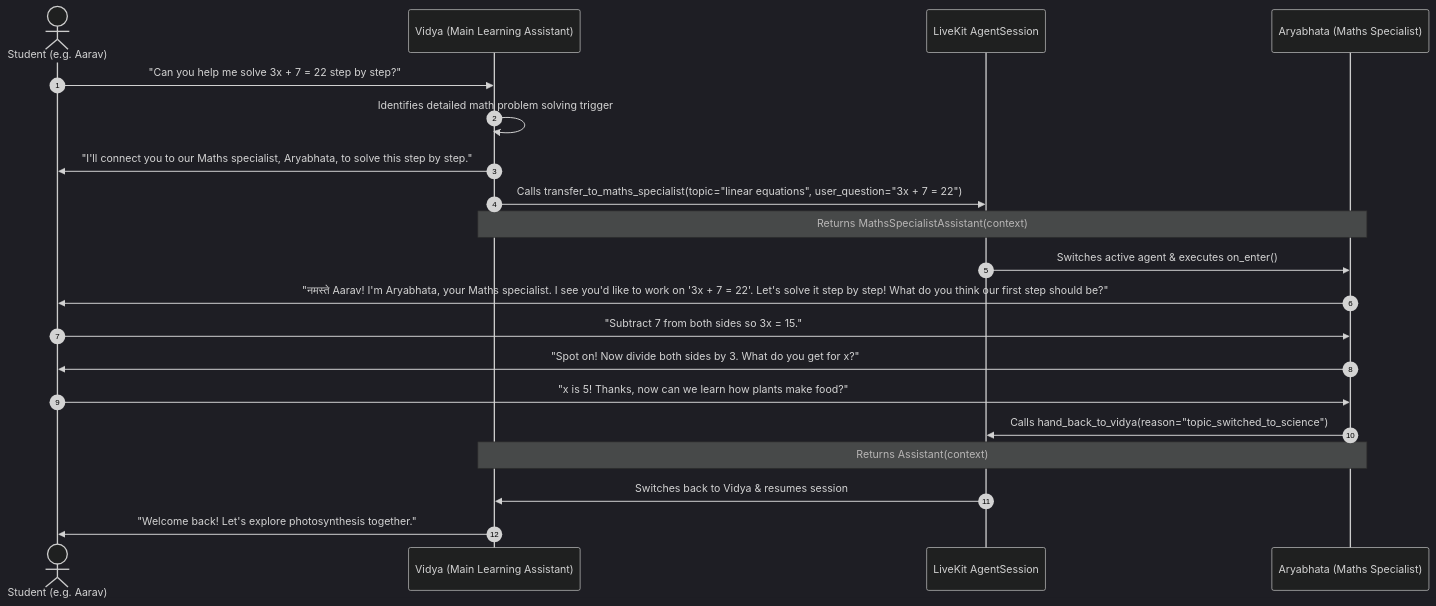
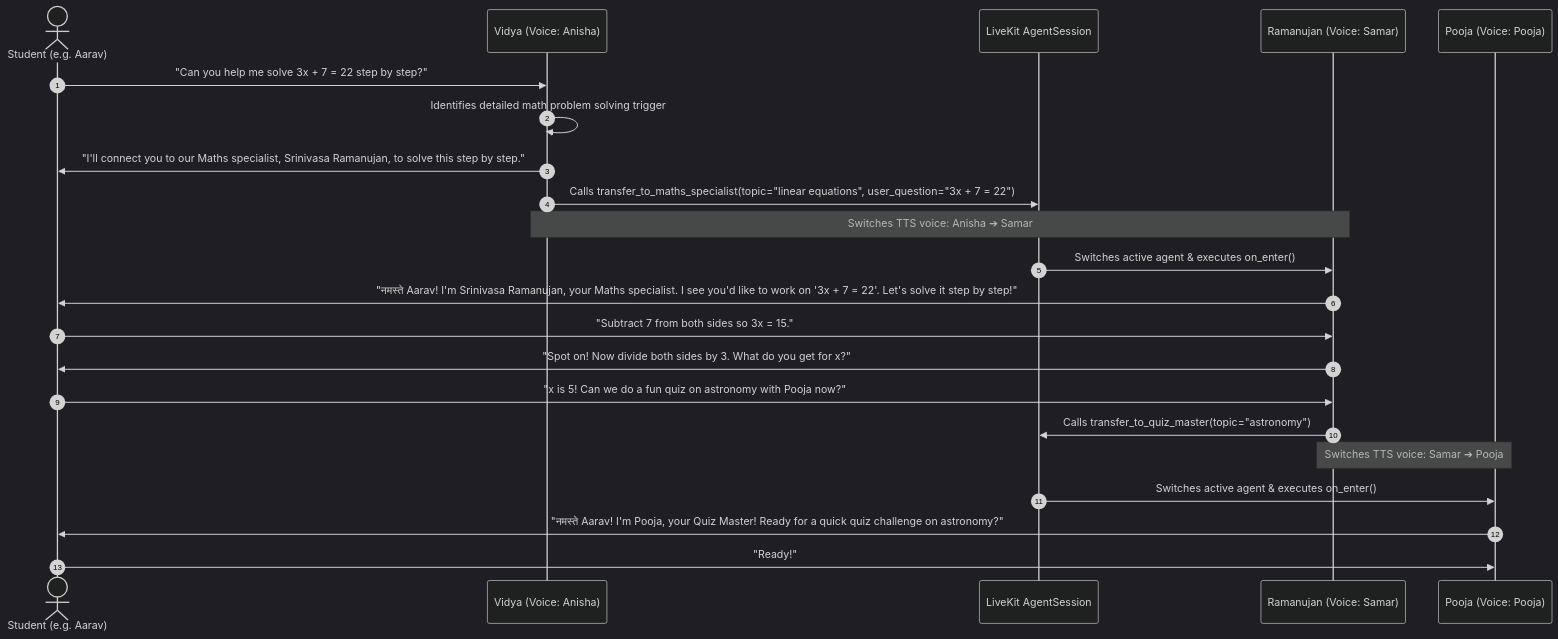
The diagram in DAY_9_HANDOFF.md (susantedit/murf-voice), drawn with Mermaid (dark theme) before and after one commit. The commit also changed other lines of this file and 9 other files, not shown here.

Commit message:
feat(day-9): multi-persona voices — Anisha (Vidya), Samar (Ramanujan), Pooja (QuizMaster)

````diff
--- a/DAY_9_HANDOFF.md
+++ b/DAY_9_HANDOFF.md
@@ -28,23 +30,25 @@
 ```mermaid
 sequenceDiagram
     autonumber
     actor Learner as Student (e.g. Aarav)
-    participant Vidya as Vidya (Main Learning Assistant)
+    participant Vidya as Vidya (Voice: Anisha)
     participant LiveKit as LiveKit AgentSession
-    participant Aryabhata as Aryabhata (Maths Specialist)
+    participant Ramanujan as Ramanujan (Voice: Samar)
+    participant Pooja as Pooja (Voice: Pooja)
 
     Learner->>Vidya: "Can you help me solve 3x + 7 = 22 step by step?"
     Vidya->>Vidya: Identifies detailed math problem solving trigger
-    Vidya->>Learner: "I'll connect you to our Maths specialist, Aryabhata, to solve this step by step."
+    Vidya->>Learner: "I'll connect you to our Maths specialist, Srinivasa Ramanujan, to solve this step by step."
     Vidya->>LiveKit: Calls transfer_to_maths_specialist(topic="linear equations", user_question="3x + 7 = 22")
-    Note over Vidya,Aryabhata: Returns MathsSpecialistAssistant(context)
-    LiveKit->>Aryabhata: Switches active agent & executes on_enter()
-    Aryabhata->>Learner: "नमस्ते Aarav! I'm Aryabhata, your Maths specialist. I see you'd like to work on '3x + 7 = 22'. Let's solve it step by step! What do you think our first step should be?"
-    Learner->>Aryabhata: "Subtract 7 from both sides so 3x = 15."
-    Aryabhata->>Learner: "Spot on! Now divide both sides by 3. What do you get for x?"
-    Learner->>Aryabhata: "x is 5! Thanks, now can we learn how plants make food?"
-    Aryabhata->>LiveKit: Calls hand_back_to_vidya(reason="topic_switched_to_science")
-    Note over Aryabhata,Vidya: Returns Assistant(context)
-    LiveKit->>Vidya: Switches back to Vidya & resumes session
-    Vidya->>Learner: "Welcome back! Let's explore photosynthesis together."
+    Note over Vidya,Ramanujan: Switches TTS voice: Anisha ➔ Samar
+    LiveKit->>Ramanujan: Switches active agent & executes on_enter()
+    Ramanujan->>Learner: "नमस्ते Aarav! I'm Srinivasa Ramanujan, your Maths specialist. I see you'd like to work on '3x + 7 = 22'. Let's solve it step by step!"
+    Learner->>Ramanujan: "Subtract 7 from both sides so 3x = 15."
+    Ramanujan->>Learner: "Spot on! Now divide both sides by 3. What do you get for x?"
+    Learner->>Ramanujan: "x is 5! Can we do a fun quiz on astronomy with Pooja now?"
+    Ramanujan->>LiveKit: Calls transfer_to_quiz_master(topic="astronomy")
+    Note over Ramanujan,Pooja: Switches TTS voice: Samar ➔ Pooja
+    LiveKit->>Pooja: Switches active agent & executes on_enter()
+    Pooja->>Learner: "नमस्ते Aarav! I'm Pooja, your Quiz Master! Ready for a quick quiz challenge on astronomy?"
+    Learner->>Pooja: "Ready!"
 ```
````
